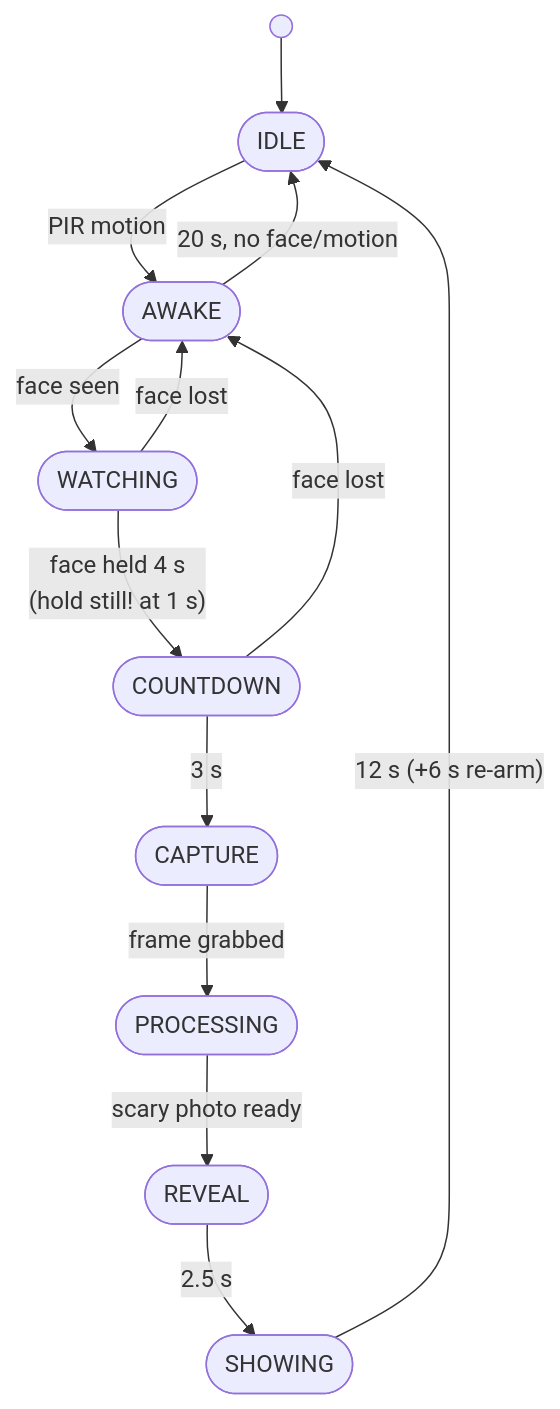
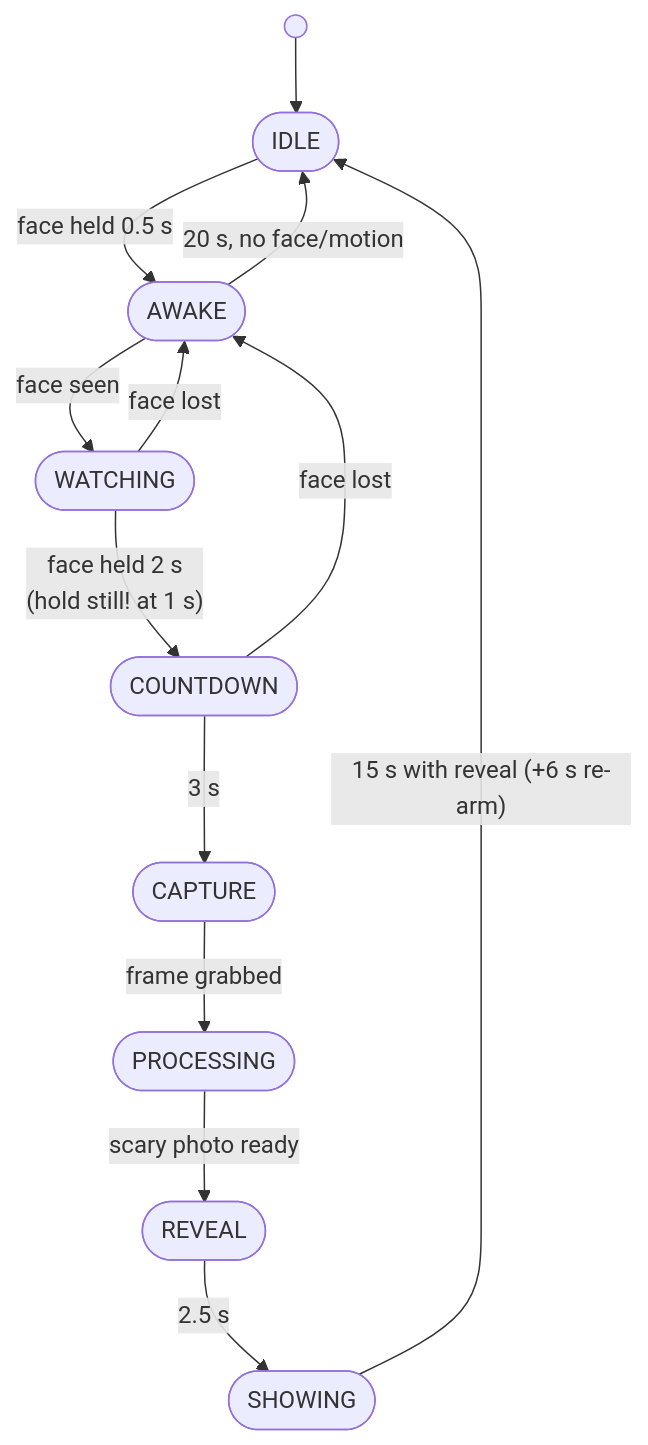
One commit to mxmrsn/spooky-pi changed the diagram in docs/diagrams/states.mmd. Above: the diagram before and after it, drawn with Mermaid. The commit also changed 32 other files, not shown here.

```diff
--- a/docs/diagrams/states.mmd
+++ b/docs/diagrams/states.mmd
@@ -1,13 +1,13 @@
 flowchart TB
     START(( )) --> IDLE
-    IDLE(["IDLE"]) -- "PIR motion" --> AWAKE(["AWAKE"])
+    IDLE(["IDLE"]) -- "face held 0.5 s" --> AWAKE(["AWAKE"])
     AWAKE -- "face seen" --> WATCHING(["WATCHING"])
-    WATCHING -- "face held 4 s<br/>(hold still! at 1 s)" --> COUNTDOWN(["COUNTDOWN"])
+    WATCHING -- "face held 2 s<br/>(hold still! at 1 s)" --> COUNTDOWN(["COUNTDOWN"])
     COUNTDOWN -- "3 s" --> CAPTURE(["CAPTURE"])
     CAPTURE -- "frame grabbed" --> PROCESSING(["PROCESSING"])
     PROCESSING -- "scary photo ready" --> REVEAL(["REVEAL"])
     REVEAL -- "2.5 s" --> SHOWING(["SHOWING"])
-    SHOWING -- "12 s (+6 s re-arm)" --> IDLE
+    SHOWING -- "15 s with reveal (+6 s re-arm)" --> IDLE
     AWAKE -- "20 s, no face/motion" --> IDLE
     WATCHING -- "face lost" --> AWAKE
     COUNTDOWN -- "face lost" --> AWAKE
```
